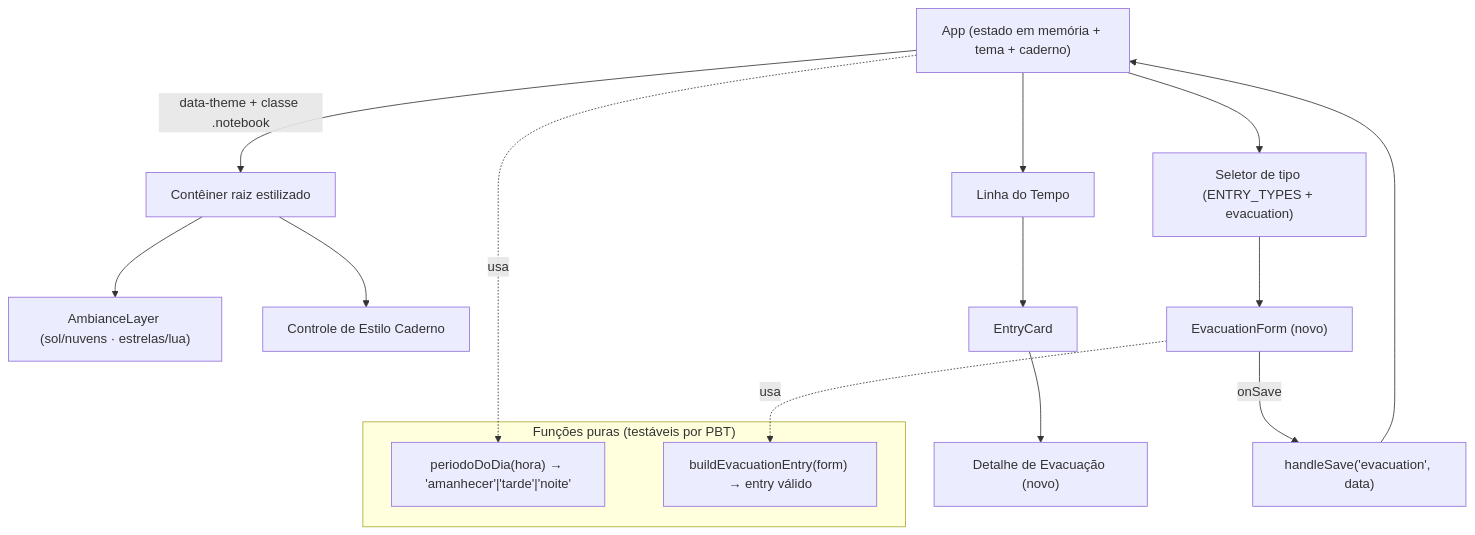
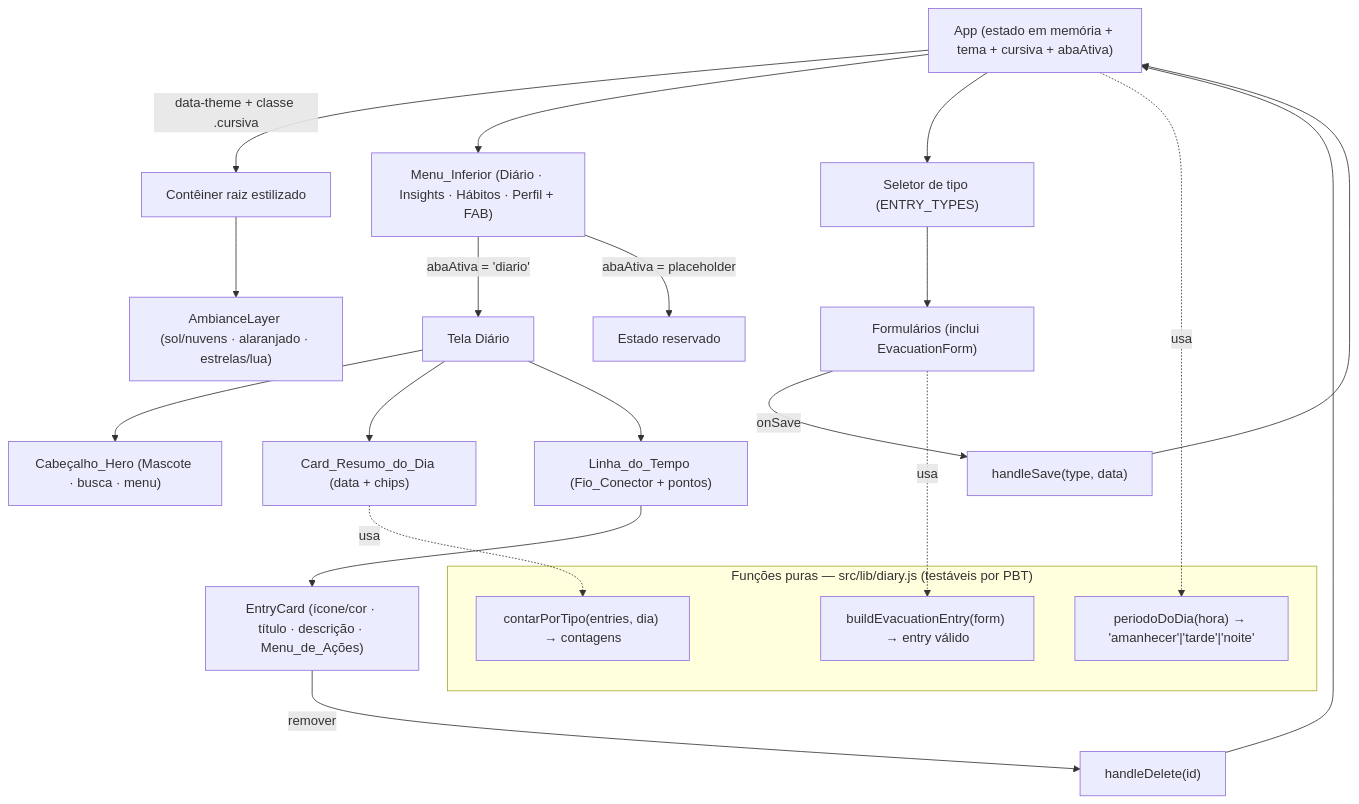
One commit to willangra2reis/Tlgut changed the diagram in design.md. Above: the diagram before and after it, drawn with Mermaid. The commit also changed other lines of this file and 17 other files, not shown here.

````diff
--- a/design.md
+++ b/design.md
@@ -55,21 +44,28 @@
 ```mermaid
 flowchart TD
-    App["App (estado em memória + tema + caderno)"]
-    App -->|"data-theme + classe .notebook"| Root["Contêiner raiz estilizado"]
-    Root --> Ambiance["AmbianceLayer (sol/nuvens · estrelas/lua)"]
-    Root --> NotebookToggle["Controle de Estilo Caderno"]
-    App --> Timeline["Linha do Tempo"]
-    Timeline --> Card["EntryCard"]
-    Card --> EvacDetail["Detalhe de Evacuação (novo)"]
-    App --> Picker["Seletor de tipo (ENTRY_TYPES + evacuation)"]
-    Picker --> EvacForm["EvacuationForm (novo)"]
-    EvacForm -->|onSave| handleSave["handleSave('evacuation', data)"]
+    App["App (estado em memória + tema + cursiva + abaAtiva)"]
+    App -->|"data-theme + classe .cursiva"| Root["Contêiner raiz estilizado"]
+    Root --> Ambiance["AmbianceLayer (sol/nuvens · alaranjado · estrelas/lua)"]
+    App --> Nav["Menu_Inferior (Diário · Insights · Hábitos · Perfil + FAB)"]
+    Nav -->|abaAtiva = 'diario'| Diario["Tela Diário"]
+    Nav -->|abaAtiva = placeholder| Placeholder["Estado reservado"]
+    Diario --> Hero["Cabeçalho_Hero (Mascote · busca · menu)"]
+    Diario --> Resumo["Card_Resumo_do_Dia (data + chips)"]
+    Diario --> Timeline["Linha_do_Tempo (Fio_Conector + pontos)"]
+    Timeline --> Card["EntryCard (ícone/cor · título · descrição · Menu_de_Ações)"]
+    Card -->|remover| handleDelete["handleDelete(id)"]
+    App --> Picker["Seletor de tipo (ENTRY_TYPES)"]
+    Picker --> Forms["Formulários (inclui EvacuationForm)"]
+    Forms -->|onSave| handleSave["handleSave(type, data)"]
     handleSave --> App
+    handleDelete --> App
 
-    subgraph Puro["Funções puras (testáveis por PBT)"]
+    subgraph Puro["Funções puras — src/lib/diary.js (testáveis por PBT)"]
         periodo["periodoDoDia(hora) → 'amanhecer'|'tarde'|'noite'"]
         build["buildEvacuationEntry(form) → entry válido"]
+        chip["contarPorTipo(entries, dia) → contagens"]
     end
     App -.usa.-> periodo
-    EvacForm -.usa.-> build
+    Forms -.usa.-> build
+    Resumo -.usa.-> chip
 ```
````
